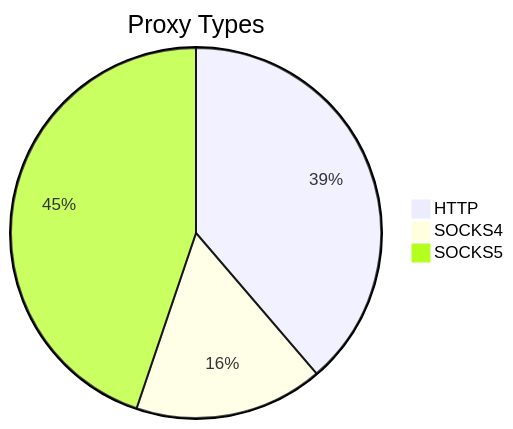
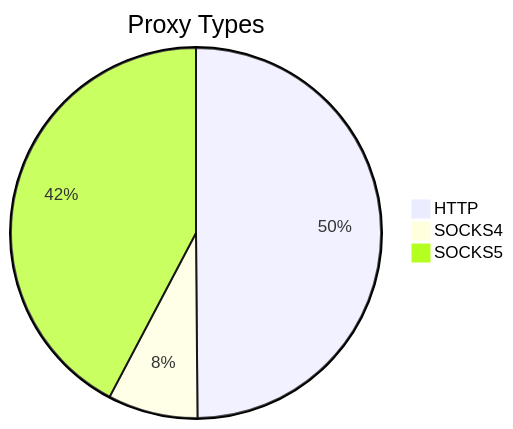
The first of 2 diagrams in README.md (stormsia/proxy-list), drawn with Mermaid before and after one commit. The commit also changed other lines of this file, not shown here.

````diff
--- a/README.md
+++ b/README.md
@@ -21,6 +21,6 @@
 ```mermaid
 pie title Proxy Types
-    "HTTP" : 484
-    "SOCKS4" : 206
-    "SOCKS5" : 560
+    "HTTP" : 381
+    "SOCKS4" : 60
+    "SOCKS5" : 323
 ```
````
